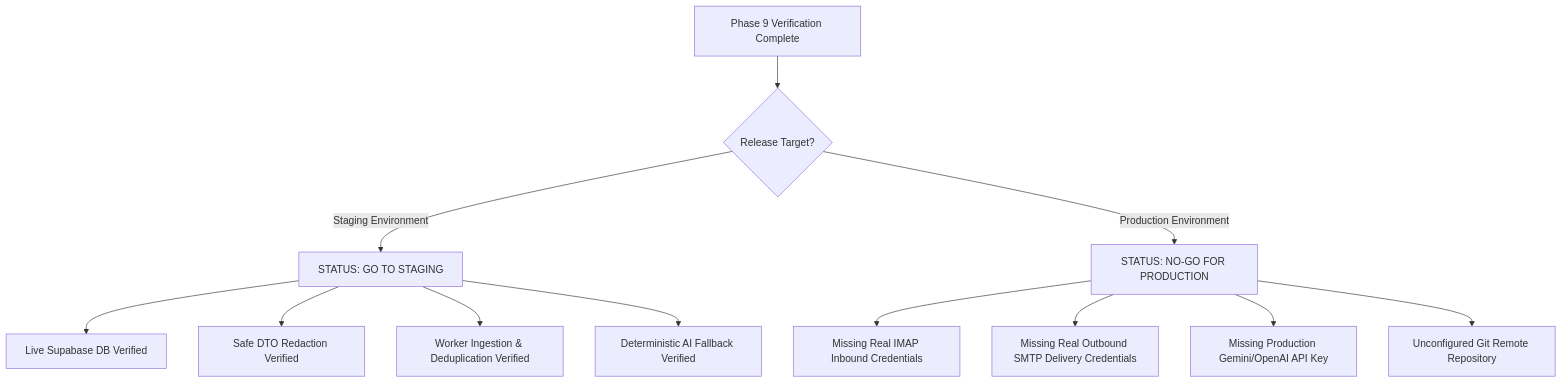
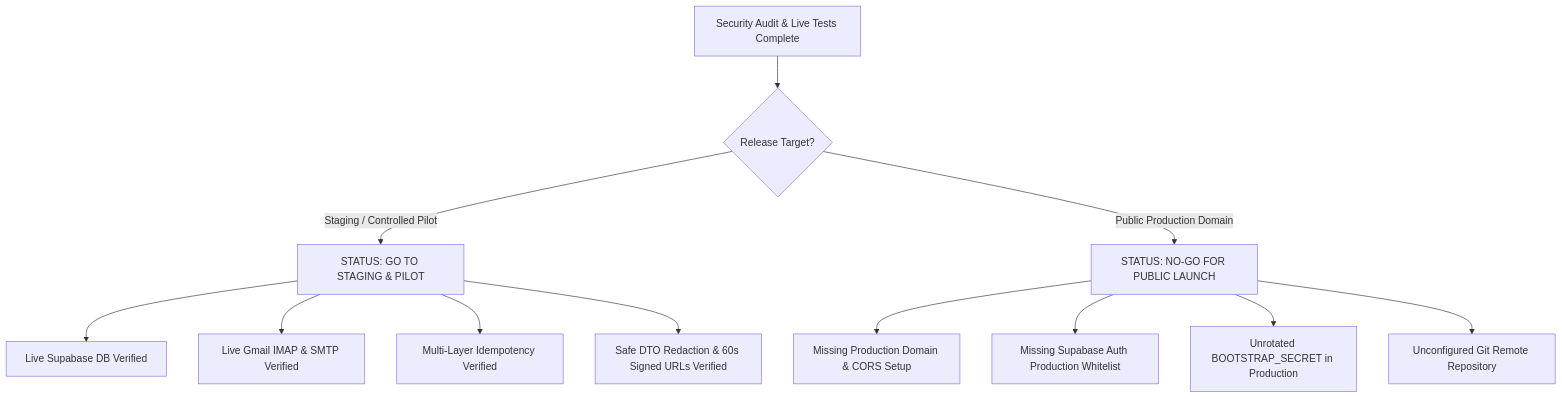
Before and after one commit to vu2f2425015-arch/Hiredesk: the diagram in docs/RELEASE_READINESS.md, drawn with Mermaid. The commit also changed other lines of this file and 11 other files, not shown here.

Commit message:
feat(security): complete security audit fixes, genuine replay idempotency & release documentation

````diff
--- a/docs/RELEASE_READINESS.md
+++ b/docs/RELEASE_READINESS.md
@@ -42,16 +45,16 @@
 ```mermaid
 graph TD
-    A[Phase 9 Verification Complete] --> B{Release Target?}
-    B -->|Staging Environment| C[STATUS: GO TO STAGING]
-    B -->|Production Environment| D[STATUS: NO-GO FOR PRODUCTION]
+    A[Security Audit & Live Tests Complete] --> B{Release Target?}
+    B -->|Staging / Controlled Pilot| C[STATUS: GO TO STAGING & PILOT]
+    B -->|Public Production Domain| D[STATUS: NO-GO FOR PUBLIC LAUNCH]
     
     C --> C1[Live Supabase DB Verified]
-    C --> C2[Safe DTO Redaction Verified]
-    C --> C3[Worker Ingestion & Deduplication Verified]
-    C --> C4[Deterministic AI Fallback Verified]
+    C --> C2[Live Gmail IMAP & SMTP Verified]
+    C --> C3[Multi-Layer Idempotency Verified]
+    C --> C4[Safe DTO Redaction & 60s Signed URLs Verified]
     
-    D --> D1[Missing Real IMAP Inbound Credentials]
-    D --> D2[Missing Real Outbound SMTP Delivery Credentials]
-    D --> D3[Missing Production Gemini/OpenAI API Key]
+    D --> D1[Missing Production Domain & CORS Setup]
+    D --> D2[Missing Supabase Auth Production Whitelist]
+    D --> D3[Unrotated BOOTSTRAP_SECRET in Production]
     D --> D4[Unconfigured Git Remote Repository]
 ```
````
